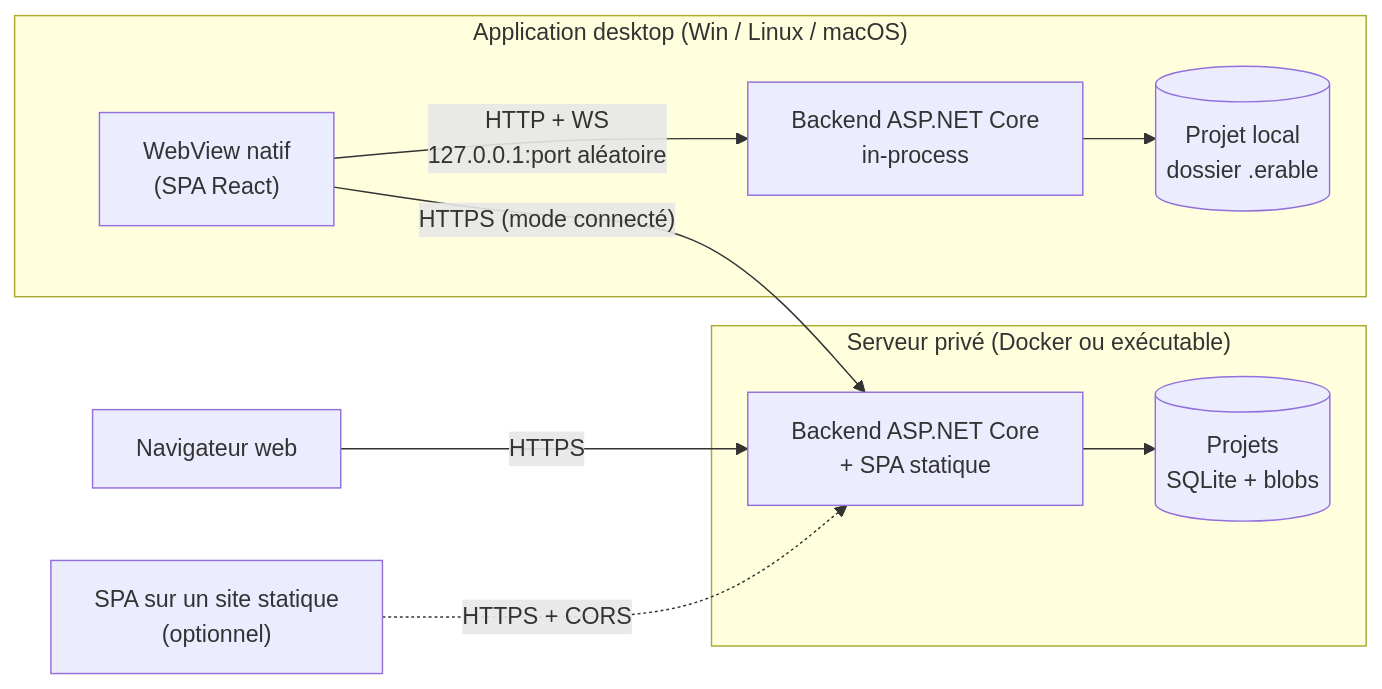
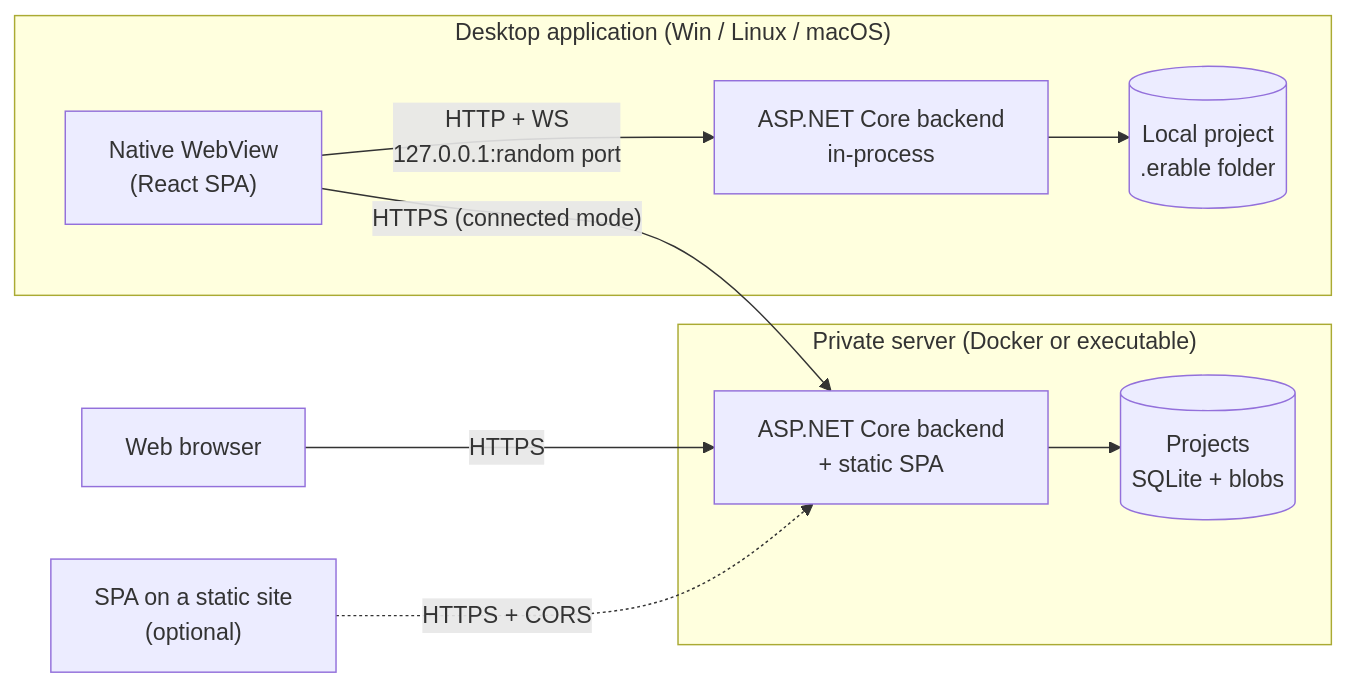
The diagram in docs/architecture.md (LePtitDev/Erable), drawn with Mermaid before and after one commit. The commit also changed other lines of this file and 299 other files, not shown here.

````diff
--- a/docs/architecture.md
+++ b/docs/architecture.md
@@ -30,13 +24,13 @@
 ```mermaid
 flowchart LR
-  subgraph D["Application desktop (Win / Linux / macOS)"]
-    W["WebView natif<br/>(SPA React)"] -- "HTTP + WS<br/>127.0.0.1:port aléatoire" --> K["Backend ASP.NET Core<br/>in-process"]
-    K --> P1[("Projet local<br/>dossier .erable")]
+  subgraph D["Desktop application (Win / Linux / macOS)"]
+    W["Native WebView<br/>(React SPA)"] -- "HTTP + WS<br/>127.0.0.1:random port" --> K["ASP.NET Core backend<br/>in-process"]
+    K --> P1[("Local project<br/>.erable folder")]
   end
-  subgraph S["Serveur privé (Docker ou exécutable)"]
-    K2["Backend ASP.NET Core<br/>+ SPA statique"] --> P2[("Projets<br/>SQLite + blobs")]
+  subgraph S["Private server (Docker or executable)"]
+    K2["ASP.NET Core backend<br/>+ static SPA"] --> P2[("Projects<br/>SQLite + blobs")]
   end
-  B["Navigateur web"] -- "HTTPS" --> K2
-  W -- "HTTPS (mode connecté)" --> K2
-  CDN["SPA sur un site statique<br/>(optionnel)"] -. "HTTPS + CORS" .-> K2
+  B["Web browser"] -- "HTTPS" --> K2
+  W -- "HTTPS (connected mode)" --> K2
+  CDN["SPA on a static site<br/>(optional)"] -. "HTTPS + CORS" .-> K2
 ```
````
